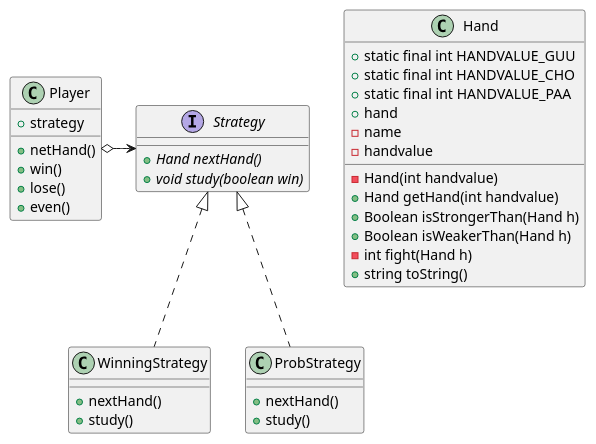
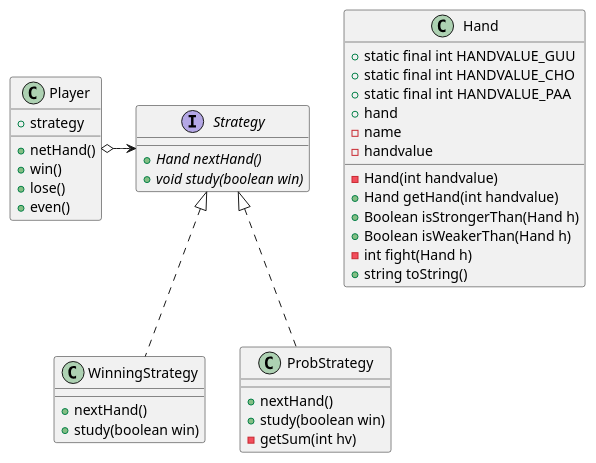
The diagram in Strategy/README.md (ku2ma2/design_pattern), drawn with PlantUML before and after one commit. The commit also changed 2 other files, not shown here.

Commit message:
Add ProbStrategy

````diff
--- a/Strategy/README.md
+++ b/Strategy/README.md
@@ -4,48 +4,49 @@
 ```uml
 @startuml
 
 class Player {
     +strategy
     +netHand()
     +win()
     +lose()
     +even()
 }
 
 interface Strategy {
     {abstract} +Hand nextHand()
     {abstract} +void study(boolean win)
 }
 
 class WinningStrategy {
     +nextHand()
-    +study()
+    +study(boolean win)
 }
 
 class ProbStrategy {
     +nextHand()
-    +study()
+    +study(boolean win)
+    -getSum(int hv)
 }
 
 class Hand {
     +static final int HANDVALUE_GUU
     +static final int HANDVALUE_CHO
     +static final int HANDVALUE_PAA
     +hand
     -name
     -handvalue
     -Hand(int handvalue)
     +Hand getHand(int handvalue)
     +Boolean isStrongerThan(Hand h)
     +Boolean isWeakerThan(Hand h)
     -int fight(Hand h)
     +string toString()
 }
 
 Player o-right-> Strategy
 WinningStrategy .up.|> Strategy
 ProbStrategy .up.|> Strategy
 
 
 @enduml
 ```
````
